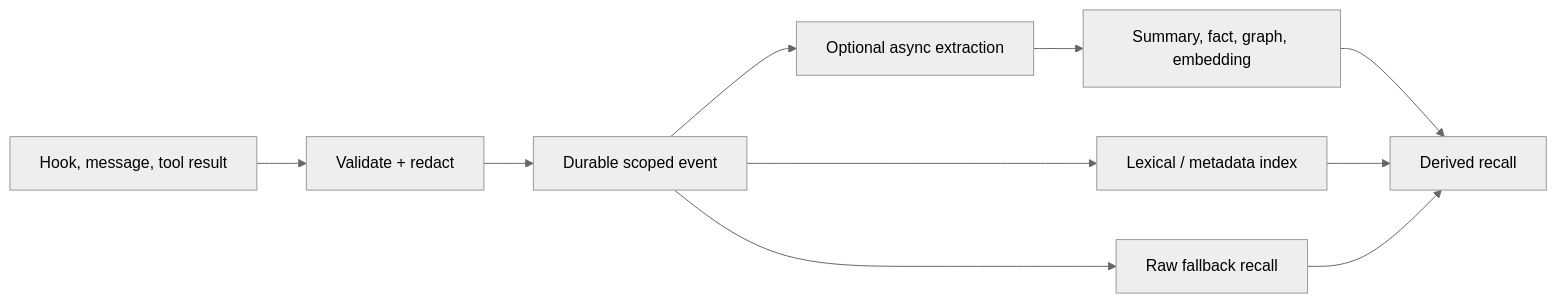
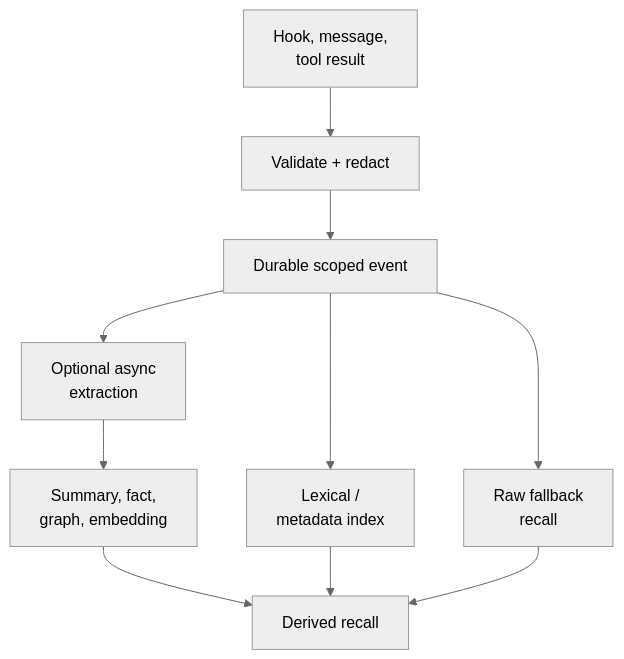
Before and after one commit to neoneye/agent-memory-atlas: the diagram in content/patterns/zero-llm-capture.md, drawn with Mermaid (neutral theme). The commit also changed 21 other files, not shown here.

````diff
--- a/content/patterns/zero-llm-capture.md
+++ b/content/patterns/zero-llm-capture.md
@@ -29,12 +29,12 @@
 ```mermaid
-flowchart LR
-    A["Hook, message, tool result"] --> B["Validate + redact"]
+flowchart TD
+    A["Hook, message,<br/>tool result"] --> B["Validate + redact"]
     B --> C["Durable scoped event"]
-    C --> D["Lexical / metadata index"]
-    C --> E["Optional async extraction"]
-    E --> F["Summary, fact, graph, embedding"]
-    C --> G["Raw fallback recall"]
+    C --> D["Lexical /<br/>metadata index"]
+    C --> E["Optional async<br/>extraction"]
+    E --> F["Summary, fact,<br/>graph, embedding"]
+    C --> G["Raw fallback<br/>recall"]
     F --> H["Derived recall"]
     D --> H
     G --> H
 ```
````
